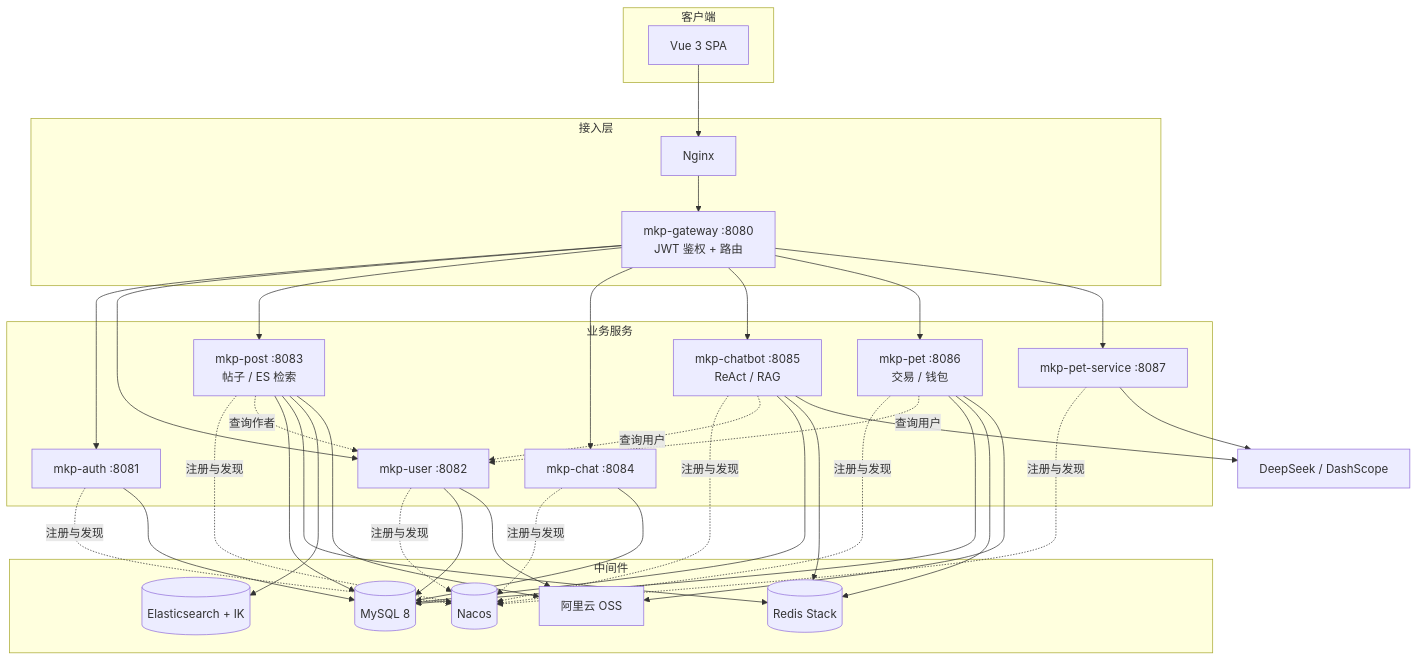
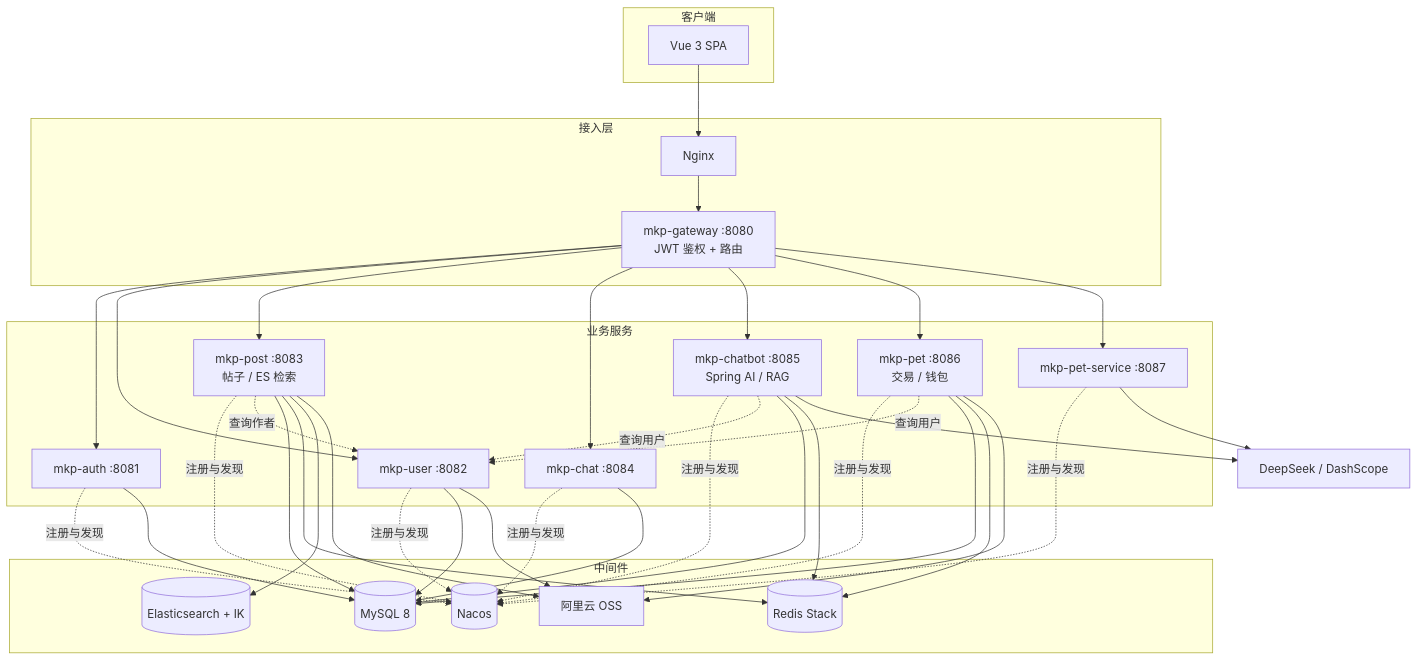
The diagram in README.md (qingMKP/MKP_for_pet), drawn with Mermaid before and after one commit. The commit also changed other lines of this file and 10 other files, not shown here.

````diff
--- a/README.md
+++ b/README.md
@@ -24,39 +24,39 @@
 ```mermaid
 flowchart TB
     subgraph client [客户端]
         U[Vue 3 SPA]
     end
     subgraph entry [接入层]
         NG[Nginx]
         GW["mkp-gateway :8080<br/>JWT 鉴权 + 路由"]
     end
     subgraph biz [业务服务]
         AUTH[mkp-auth :8081]
         USER[mkp-user :8082]
         POST["mkp-post :8083<br/>帖子 / ES 检索"]
         CHAT[mkp-chat :8084]
-        BOT["mkp-chatbot :8085<br/>ReAct / RAG"]
+        BOT["mkp-chatbot :8085<br/>Spring AI / RAG"]
         PET["mkp-pet :8086<br/>交易 / 钱包"]
         PSVC[mkp-pet-service :8087]
     end
     subgraph infra [中间件]
         MYSQL[(MySQL 8)]
         REDIS[(Redis Stack)]
         ES[(Elasticsearch + IK)]
         OSS[阿里云 OSS]
         NACOS[(Nacos)]
     end
     EXT[DeepSeek / DashScope]
 
     U --> NG --> GW
     GW --> AUTH & USER & POST & CHAT & BOT & PET & PSVC
     AUTH & USER & POST & CHAT & BOT & PET & PSVC -. 注册与发现 .-> NACOS
     POST -. 查询作者 .-> USER
     PET -. 查询用户 .-> USER
     BOT -. 查询用户 .-> USER
     AUTH & USER & POST & CHAT & BOT & PET --> MYSQL
     PET & BOT & POST --> REDIS
     POST --> ES
     POST & USER & PET --> OSS
     BOT & PSVC --> EXT
 ```
````
